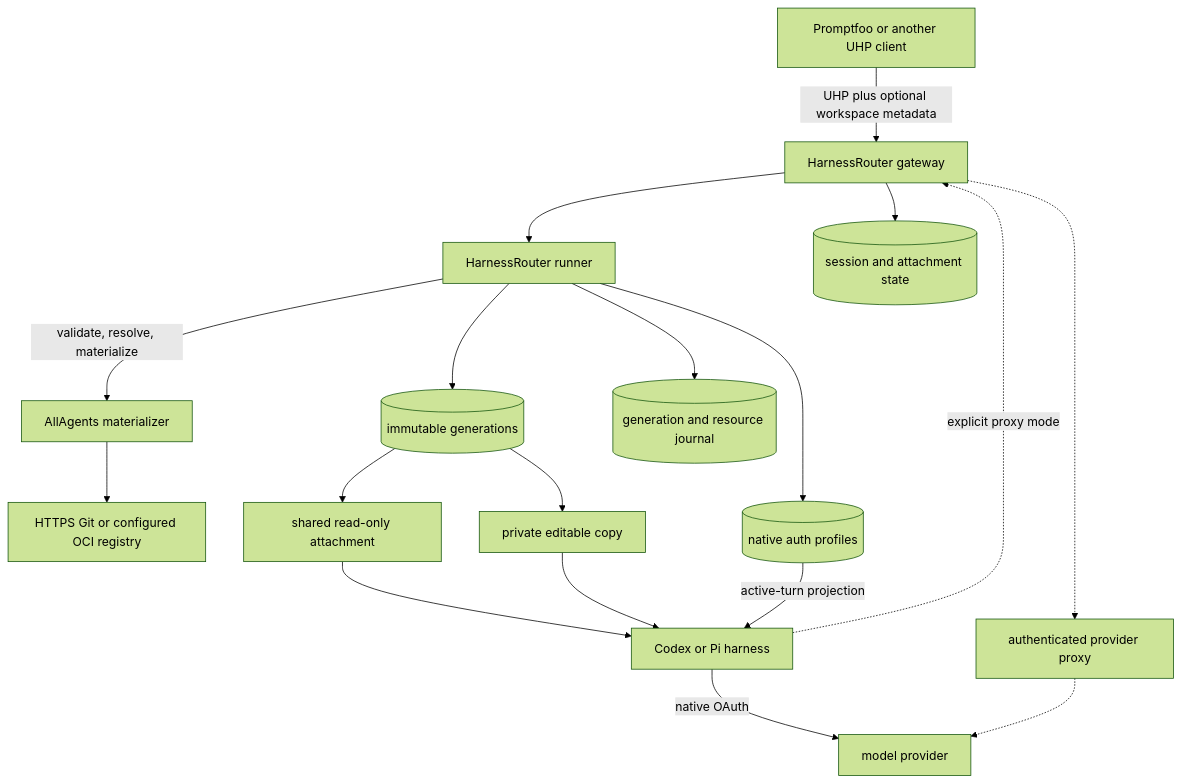
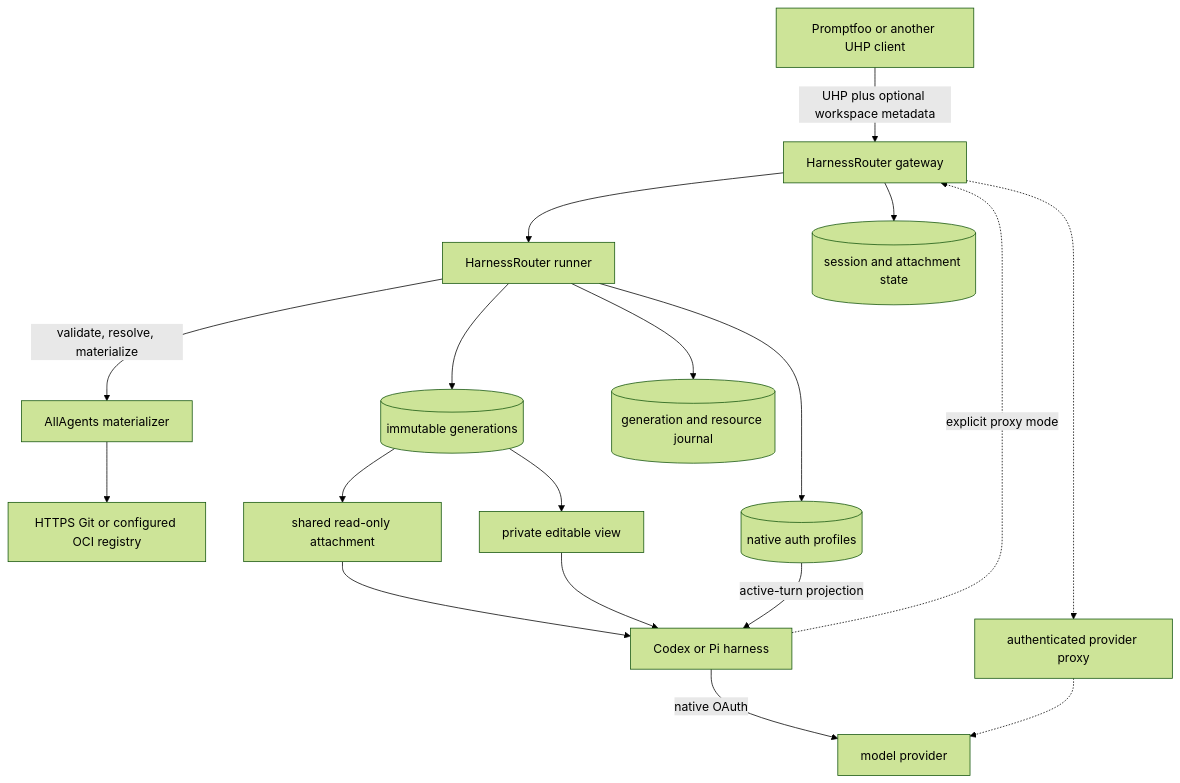
One commit to allagentsdev/allagents changed the diagram in docs/decisions/0002-adopt-uhp-through-harnessrouter.md. Above: the diagram before and after it, drawn with Mermaid (forest theme). The commit also changed other lines of this file and 1 other file, not shown here.

Commit message:
docs(architecture): protect editable change collection

````diff
--- a/docs/decisions/0002-adopt-uhp-through-harnessrouter.md
+++ b/docs/decisions/0002-adopt-uhp-through-harnessrouter.md
@@ -99,20 +99,20 @@
 ```mermaid
 flowchart TB
   CLIENT[Promptfoo or another UHP client] -->|UHP plus optional workspace metadata| GATEWAY[HarnessRouter gateway]
   GATEWAY --> RUNNER[HarnessRouter runner]
   RUNNER -->|validate, resolve, materialize| MATERIALIZER[AllAgents materializer]
   MATERIALIZER --> SOURCE[HTTPS Git or configured OCI registry]
   RUNNER --> GENERATION[(immutable generations)]
   GENERATION --> READONLY[shared read-only attachment]
-  GENERATION --> EDITABLE[private editable copy]
+  GENERATION --> EDITABLE[private editable view]
   READONLY --> HARNESS[Codex or Pi harness]
   EDITABLE --> HARNESS
   RUNNER --> AUTH[(native auth profiles)]
   AUTH -->|active-turn projection| HARNESS
   HARNESS -->|native OAuth| PROVIDER[model provider]
   HARNESS -.->|explicit proxy mode| GATEWAY
   GATEWAY -.-> PROXY[authenticated provider proxy]
   PROXY -.-> PROVIDER
   GATEWAY --> SESSION[(session and attachment state)]
   RUNNER --> RESOURCE[(generation and resource journal)]
 ```
````
